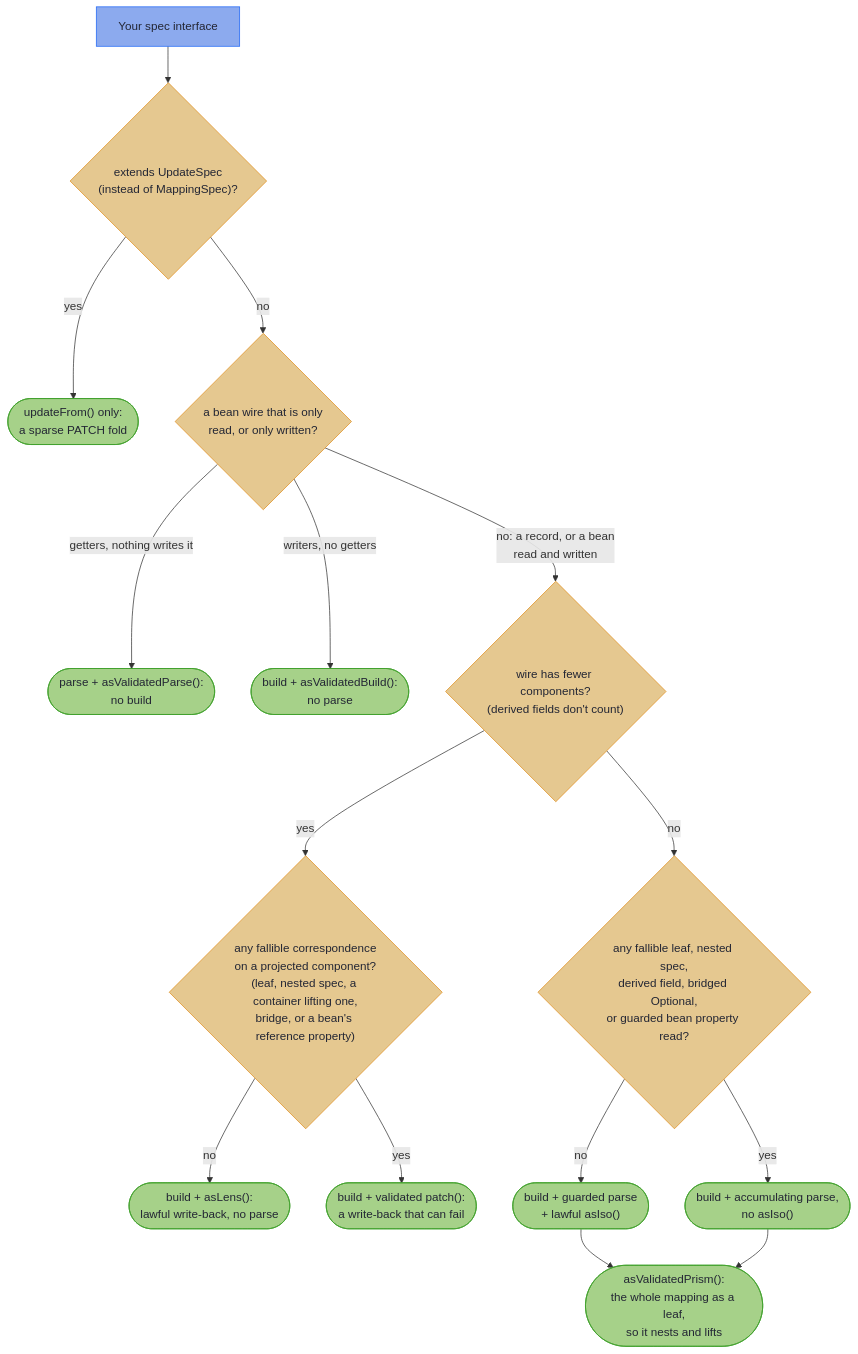
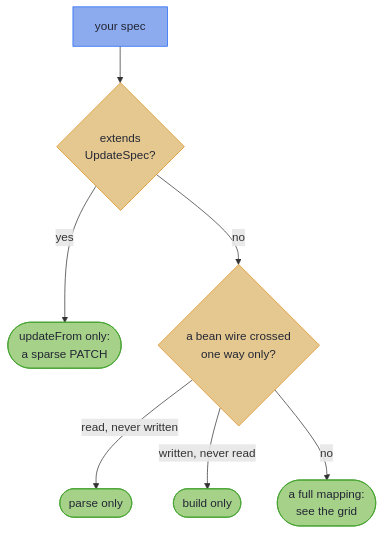
Before and after one commit to higher-kinded-j/higher-kinded-j: the diagram in hkj-book/src/mapping/tiers.md, drawn with Mermaid. The commit also changed other lines of this file and 9 other files, not shown here.

First line of the commit message:
What Your Spec Generates, rewritten to the lane shape

````diff
--- a/hkj-book/src/mapping/tiers.md
+++ b/hkj-book/src/mapping/tiers.md
@@ -20,24 +45,18 @@
 ```mermaid
 flowchart TD
-    S["Your spec interface"] --> U{"extends UpdateSpec<br/>(instead of MappingSpec)?"}
-    U -->|yes| UT(["updateFrom() only:<br/>a sparse PATCH fold"])
-    U -->|no| B{"a bean wire that is only<br/>read, or only written?"}
-    B -->|"getters, nothing writes it"| PO(["parse + asValidatedParse():<br/>no build"])
-    B -->|"writers, no getters"| BO(["build + asValidatedBuild():<br/>no parse"])
-    B -->|"no: a record, or a bean<br/>read and written"| W{"wire has fewer components?<br/>(derived fields don't count)"}
-    W -->|yes| F{"any fallible correspondence<br/>on a projected component?<br/>(leaf, nested spec, a container lifting one,<br/>bridge, or a bean's reference property)"}
-    F -->|no| LT(["build + asLens():<br/>lawful write-back, no parse"])
-    F -->|yes| PT(["build + validated patch():<br/>a write-back that can fail"])
-    W -->|no| D{"any fallible leaf, nested spec,<br/>derived field, bridged Optional,<br/>or guarded bean property read?"}
-    D -->|no| IT(["build + guarded parse<br/>+ lawful asIso()"])
-    D -->|yes| VT(["build + accumulating parse,<br/>no asIso()"])
-    IT --> VP(["asValidatedPrism():<br/>the whole mapping as a leaf,<br/>so it nests and lifts"])
-    VT --> VP
+    accTitle: Which kind of spec
+    accDescr: A spec extending UpdateSpec gets updateFrom only. Otherwise, a bean wire that is only read gets parse only, and one that is only written gets build only. Every other spec is a full mapping, whose methods the grid decides.
+    S["your spec"] --> U{"extends<br/>UpdateSpec?"}
+    U -->|yes| UT(["updateFrom only:<br/>a sparse PATCH"])
+    U -->|no| B{"a bean wire crossed<br/>one way only?"}
+    B -->|"read, never written"| PO(["parse only"])
+    B -->|"written, never read"| BO(["build only"])
+    B -->|no| G(["a full mapping:<br/>see the grid"])
 
     classDef wire fill:#8caaee,stroke:#1e66f5,color:#232634
     classDef tier fill:#a6d189,stroke:#40a02b,color:#232634
     classDef decision fill:#e5c890,stroke:#df8e1d,color:#232634
     class S wire
-    class UT,PO,BO,LT,PT,IT,VT,VP tier
-    class U,B,W,F,D decision
+    class U,B decision
+    class UT,PO,BO,G tier
 ```
````
